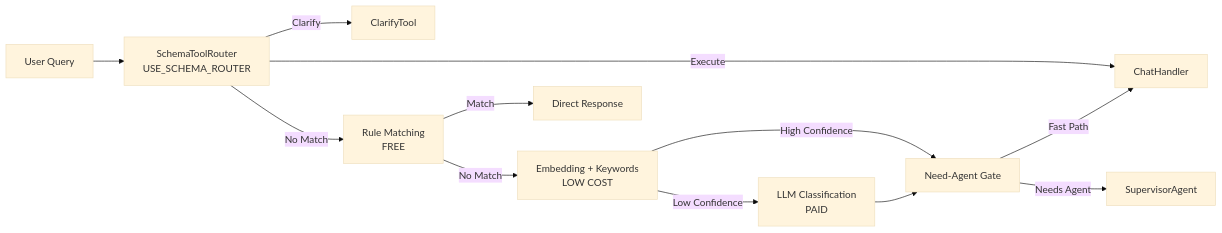
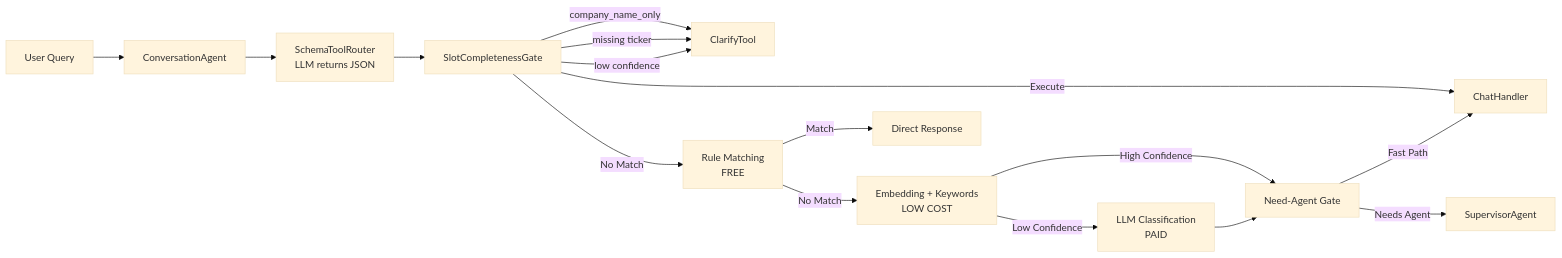
The second of 3 diagrams in readme.md (kkkano/FinSight), drawn with Mermaid (base theme) before and after one commit. The commit also changed other lines of this file and 78 other files, not shown here.

````diff
--- a/readme.md
+++ b/readme.md
@@ -188,14 +196,18 @@
 ```mermaid
 flowchart LR
-    Input[User Query] --> Schema[SchemaToolRouter<br/>USE_SCHEMA_ROUTER]
-    Schema -->|Clarify| Clarify[ClarifyTool]
-    Schema -->|Execute| Chat[ChatHandler]
-    Schema -->|No Match| Rule[Rule Matching<br/>FREE]
+    Input[User Query] --> CA[ConversationAgent]
+    CA --> Schema[SchemaToolRouter<br/>LLM returns JSON]
+    Schema --> SlotGate[SlotCompletenessGate]
+    SlotGate -->|company_name_only| Clarify[ClarifyTool]
+    SlotGate -->|missing ticker| Clarify
+    SlotGate -->|low confidence| Clarify
+    SlotGate -->|Execute| Chat[ChatHandler]
+    SlotGate -->|No Match| Rule[Rule Matching<br/>FREE]
     Rule -->|Match| Direct[Direct Response]
     Rule -->|No Match| Embed[Embedding + Keywords<br/>LOW COST]
     Embed -->|High Confidence| Gate[Need-Agent Gate]
     Embed -->|Low Confidence| LLM[LLM Classification<br/>PAID]
     LLM --> Gate
-    Gate -->|Fast Path| Chat[ChatHandler]
+    Gate -->|Fast Path| Chat
     Gate -->|Needs Agent| Agent[SupervisorAgent]
 ```
````
